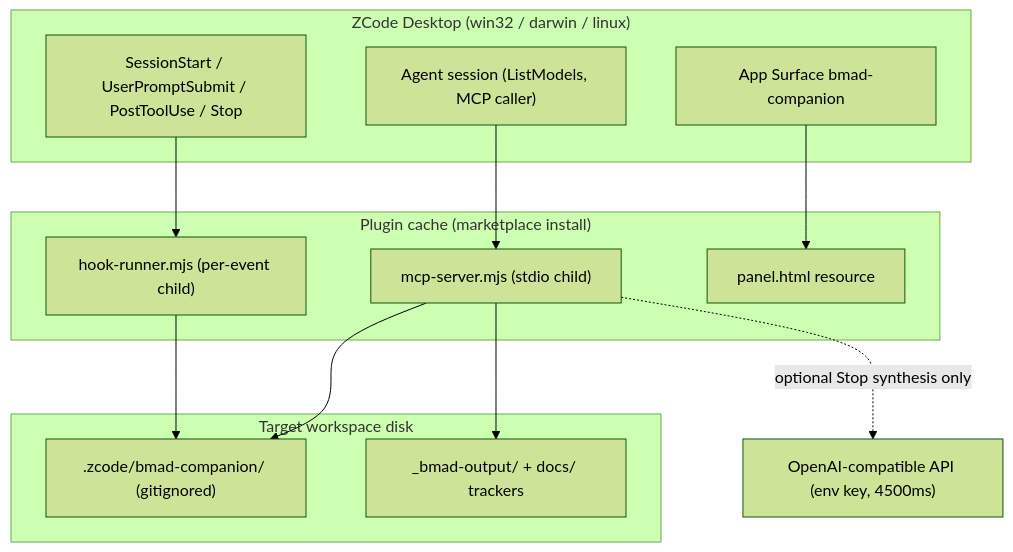
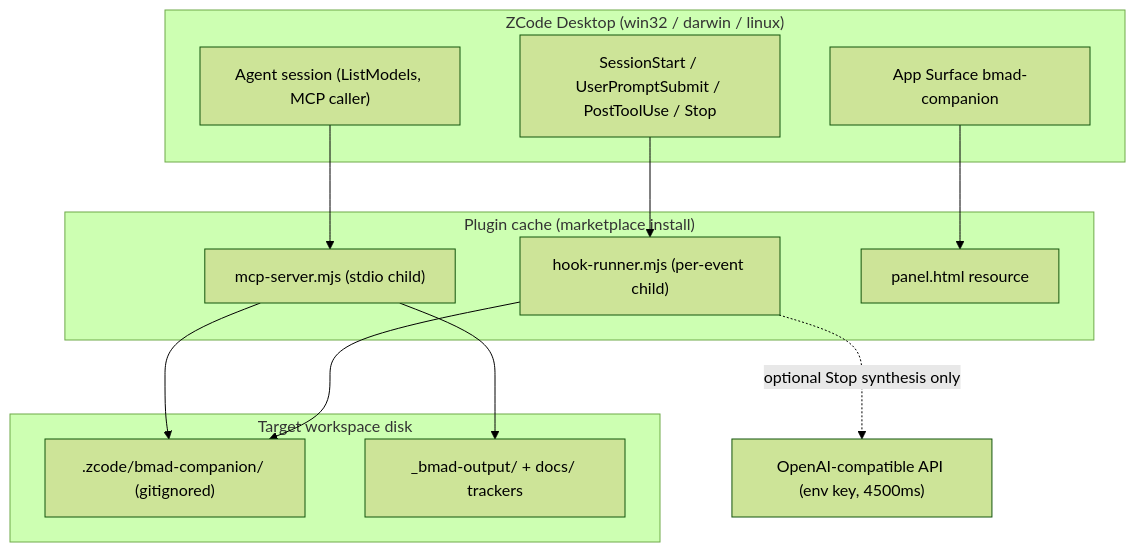
One commit to a2mus/zcode-vibe-plugins changed the third of 4 diagrams in bmad-companion/_bmad-output/initiative-bmad-companion/architecture-bmad-companion/architecture-bmad-companion.md. Above: the diagram before and after it, drawn with Mermaid (forest theme). The commit also changed other lines of this file and 20 other files, not shown here.

````diff
--- a/bmad-companion/_bmad-output/initiative-bmad-companion/architecture-bmad-companion/architecture-bmad-companion.md
+++ b/bmad-companion/_bmad-output/initiative-bmad-companion/architecture-bmad-companion/architecture-bmad-companion.md
@@ -205,24 +237,24 @@
 ```mermaid
 flowchart TD
   subgraph Host["ZCode Desktop (win32 / darwin / linux)"]
     Surface["App Surface bmad-companion"]
     Agent["Agent session (ListModels, MCP caller)"]
     HookEvents["SessionStart / UserPromptSubmit / PostToolUse / Stop"]
   end
   subgraph Cache["Plugin cache (marketplace install)"]
     Server["mcp-server.mjs (stdio child)"]
     Runner["hook-runner.mjs (per-event child)"]
     PanelRes["panel.html resource"]
   end
   subgraph WS["Target workspace disk"]
     StateDir[".zcode/bmad-companion/ (gitignored)"]
     BmadOut["_bmad-output/ + docs/ trackers"]
   end
   Surface --> PanelRes
   Agent --> Server
   HookEvents --> Runner
   Server --> StateDir
   Server --> BmadOut
   Runner --> StateDir
-  Server -.->|"optional Stop synthesis only"| LLM["OpenAI-compatible API (env key, 4500ms)"]
+  Runner -.->|"optional Stop synthesis only"| LLM["OpenAI-compatible API (env key, 4500ms)"]
 ```
````
